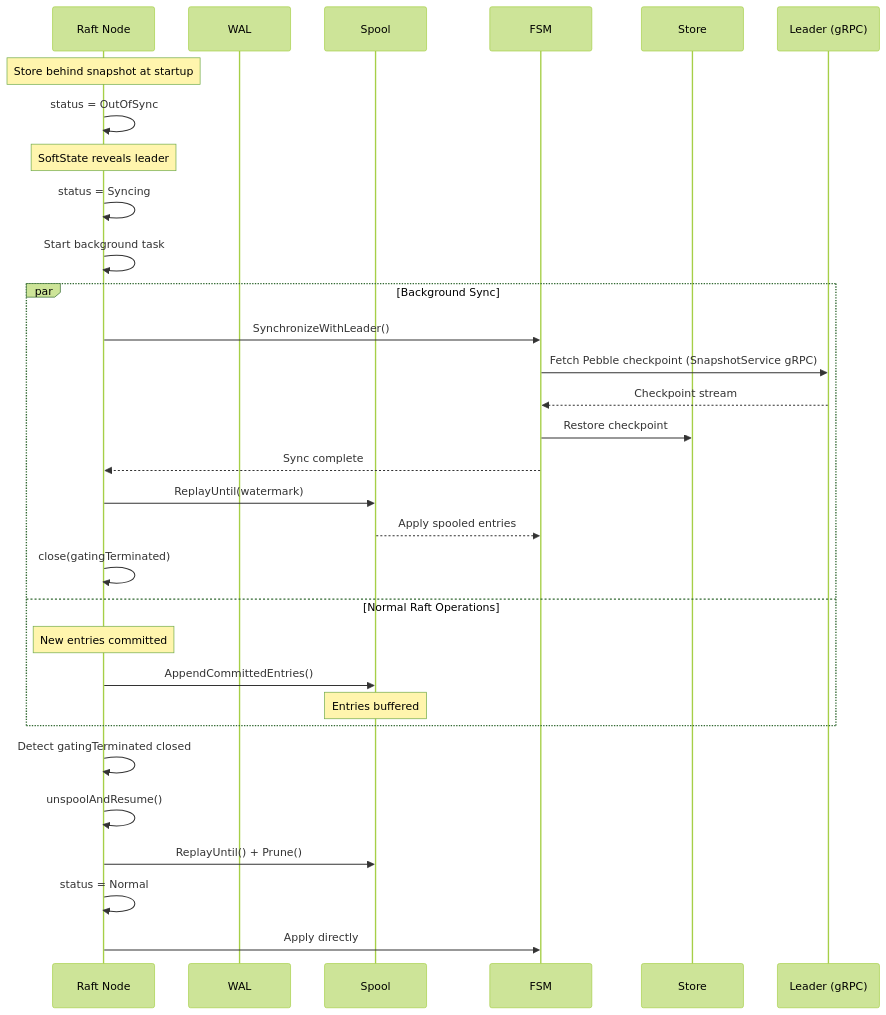
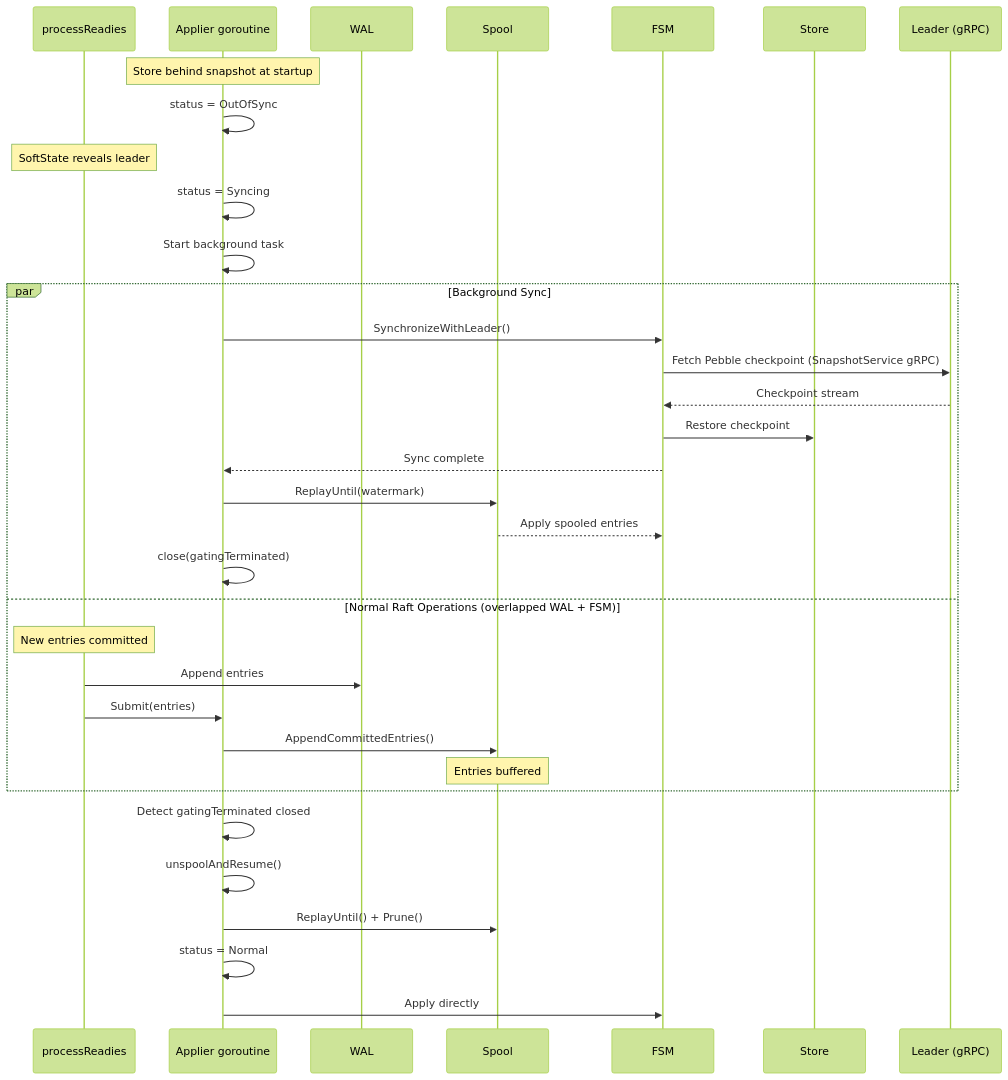
One commit to formancehq/ledger changed the fourth of 10 diagrams in docs/dev/architecture/data-flows.md. Above: the diagram before and after it, drawn with Mermaid (forest theme). The commit also changed other lines of this file and 6 other files, not shown here.

First line of the commit message:
refactor: extract Applier from Node to decouple WAL writes from FSM application

````diff
--- a/docs/dev/architecture/data-flows.md
+++ b/docs/dev/architecture/data-flows.md
@@ -288,36 +288,39 @@
 ```mermaid
 sequenceDiagram
-    participant Node as Raft Node
+    participant Node as processReadies
+    participant Applier as Applier goroutine
     participant WAL
     participant Spool
     participant FSM
     participant Store
     participant Leader as Leader (gRPC)
 
-    Note over Node: Store behind snapshot at startup
-    Node->>Node: status = OutOfSync
+    Note over Applier: Store behind snapshot at startup
+    Applier->>Applier: status = OutOfSync
     Note over Node: SoftState reveals leader
-    Node->>Node: status = Syncing
-    Node->>Node: Start background task
+    Applier->>Applier: status = Syncing
+    Applier->>Applier: Start background task
 
     par Background Sync
-        Node->>FSM: SynchronizeWithLeader()
+        Applier->>FSM: SynchronizeWithLeader()
         FSM->>Leader: Fetch Pebble checkpoint (SnapshotService gRPC)
         Leader-->>FSM: Checkpoint stream
         FSM->>Store: Restore checkpoint
-        FSM-->>Node: Sync complete
-        Node->>Spool: ReplayUntil(watermark)
+        FSM-->>Applier: Sync complete
+        Applier->>Spool: ReplayUntil(watermark)
         Spool-->>FSM: Apply spooled entries
-        Node->>Node: close(gatingTerminated)
-    and Normal Raft Operations
+        Applier->>Applier: close(gatingTerminated)
+    and Normal Raft Operations (overlapped WAL + FSM)
         Note over Node: New entries committed
-        Node->>Spool: AppendCommittedEntries()
+        Node->>WAL: Append entries
+        Node->>Applier: Submit(entries)
+        Applier->>Spool: AppendCommittedEntries()
         Note over Spool: Entries buffered
     end
 
-    Node->>Node: Detect gatingTerminated closed
-    Node->>Node: unspoolAndResume()
-    Node->>Spool: ReplayUntil() + Prune()
-    Node->>Node: status = Normal
-    Node->>FSM: Apply directly
+    Applier->>Applier: Detect gatingTerminated closed
+    Applier->>Applier: unspoolAndResume()
+    Applier->>Spool: ReplayUntil() + Prune()
+    Applier->>Applier: status = Normal
+    Applier->>FSM: Apply directly
 ```
````
